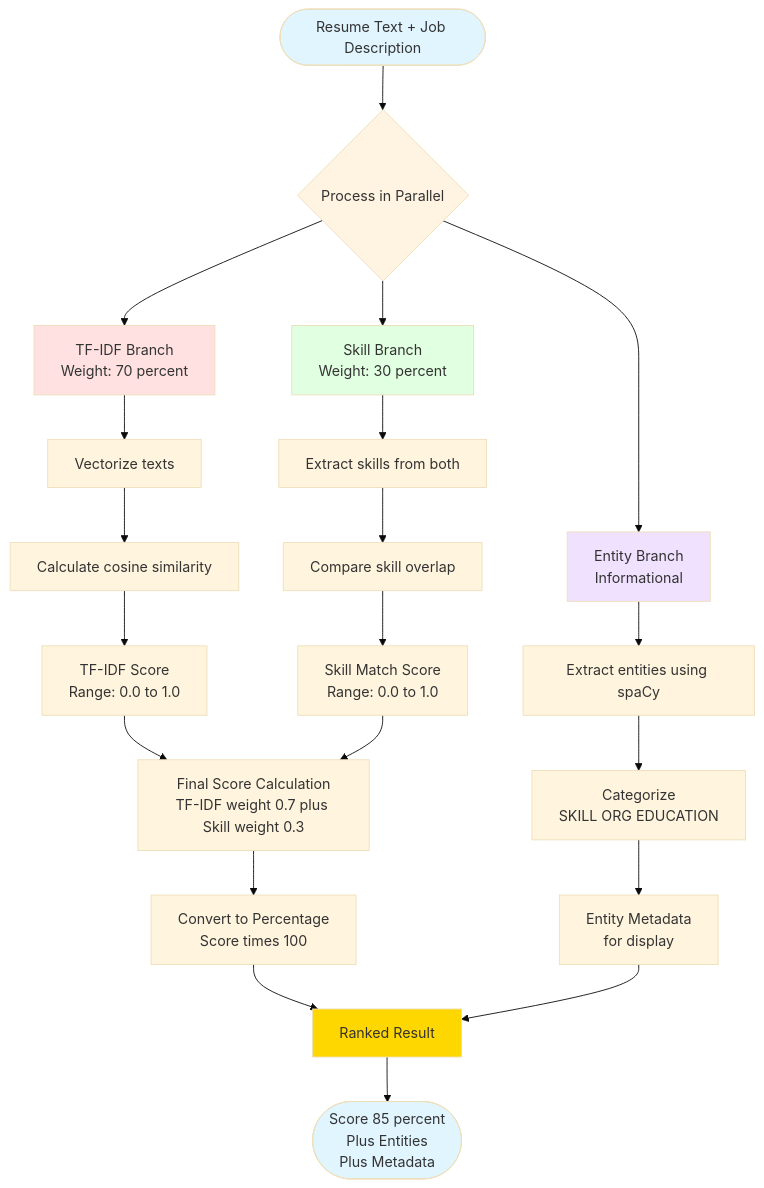
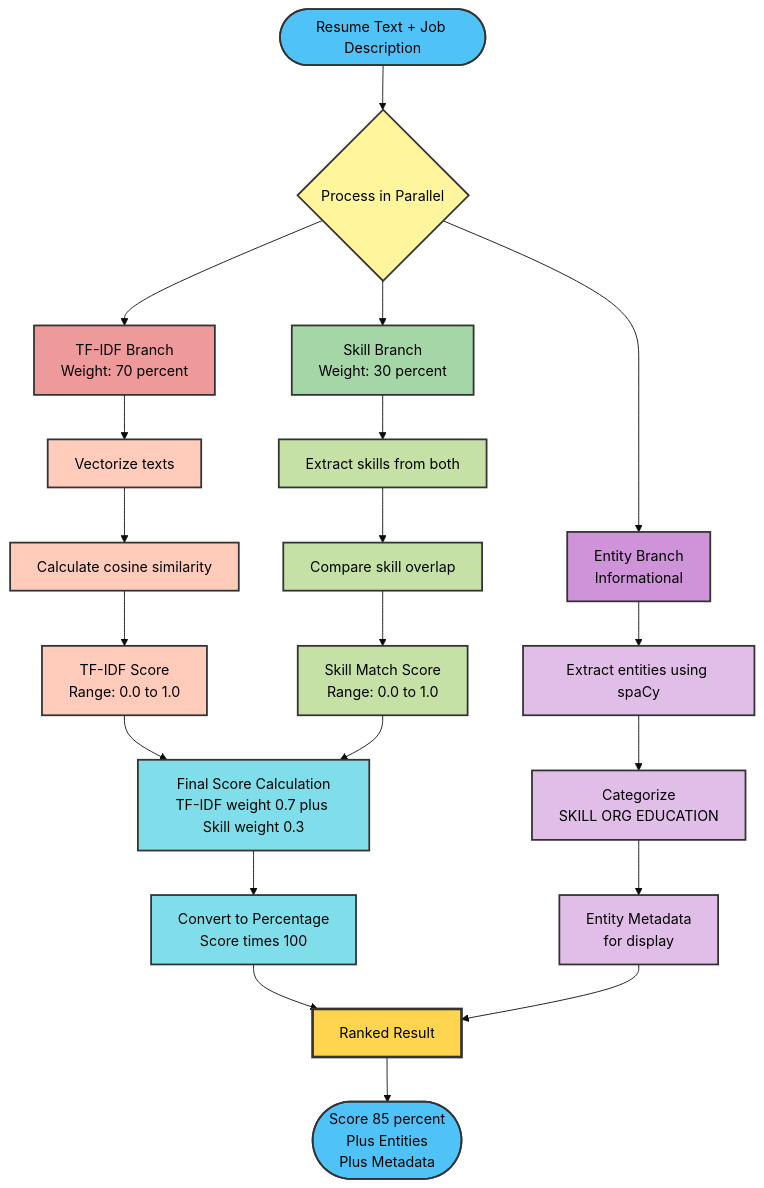
Before and after one commit to rohithuppala-code/Resume_Screening_System: the third of 3 diagrams in README.md, drawn with Mermaid (base theme). The commit also changed other lines of this file, not shown here.

Commit message:
Readme Edits

````diff
--- a/README.md
+++ b/README.md
@@ -111,37 +123,48 @@
 ```mermaid
 flowchart TD
     Start([Resume Text + Job Description]) --> Split{Process in Parallel}
     
     Split --> Branch1[TF-IDF Branch<br/>Weight: 70 percent]
     Split --> Branch2[Skill Branch<br/>Weight: 30 percent]
     Split --> Branch3[Entity Branch<br/>Informational]
     
     Branch1 --> V1[Vectorize texts]
     V1 --> C1[Calculate cosine similarity]
     C1 --> Score1[TF-IDF Score<br/>Range: 0.0 to 1.0]
     
     Branch2 --> E1[Extract skills from both]
     E1 --> C2[Compare skill overlap]
     C2 --> Score2[Skill Match Score<br/>Range: 0.0 to 1.0]
     
     Branch3 --> E2[Extract entities using spaCy]
     E2 --> Cat[Categorize<br/>SKILL ORG EDUCATION]
     Cat --> Meta[Entity Metadata<br/>for display]
     
     Score1 --> Combine[Final Score Calculation<br/>TF-IDF weight 0.7 plus Skill weight 0.3]
     Score2 --> Combine
     
     Combine --> Convert[Convert to Percentage<br/>Score times 100]
     Convert --> Result[Ranked Result]
     Meta --> Result
     
     Result --> Output([Score 85 percent<br/>Plus Entities<br/>Plus Metadata])
     
-    style Start fill:#e1f5ff
-    style Split fill:#fff4e1
-    style Branch1 fill:#ffe1e1
-    style Branch2 fill:#e1ffe1
-    style Branch3 fill:#f0e1ff
-    style Output fill:#e1f5ff
-    style Result fill:#ffd700
+    style Start fill:#4fc3f7,stroke:#333,stroke-width:2px,color:#000
+    style Split fill:#fff59d,stroke:#333,stroke-width:2px,color:#000
+    style Branch1 fill:#ef9a9a,stroke:#333,stroke-width:2px,color:#000
+    style Branch2 fill:#a5d6a7,stroke:#333,stroke-width:2px,color:#000
+    style Branch3 fill:#ce93d8,stroke:#333,stroke-width:2px,color:#000
+    style V1 fill:#ffccbc,stroke:#333,stroke-width:2px,color:#000
+    style C1 fill:#ffccbc,stroke:#333,stroke-width:2px,color:#000
+    style Score1 fill:#ffccbc,stroke:#333,stroke-width:2px,color:#000
+    style E1 fill:#c5e1a5,stroke:#333,stroke-width:2px,color:#000
+    style C2 fill:#c5e1a5,stroke:#333,stroke-width:2px,color:#000
+    style Score2 fill:#c5e1a5,stroke:#333,stroke-width:2px,color:#000
+    style E2 fill:#e1bee7,stroke:#333,stroke-width:2px,color:#000
+    style Cat fill:#e1bee7,stroke:#333,stroke-width:2px,color:#000
+    style Meta fill:#e1bee7,stroke:#333,stroke-width:2px,color:#000
+    style Combine fill:#80deea,stroke:#333,stroke-width:2px,color:#000
+    style Convert fill:#80deea,stroke:#333,stroke-width:2px,color:#000
+    style Result fill:#ffd54f,stroke:#333,stroke-width:3px,color:#000
+    style Output fill:#4fc3f7,stroke:#333,stroke-width:2px,color:#000
 ```
````
